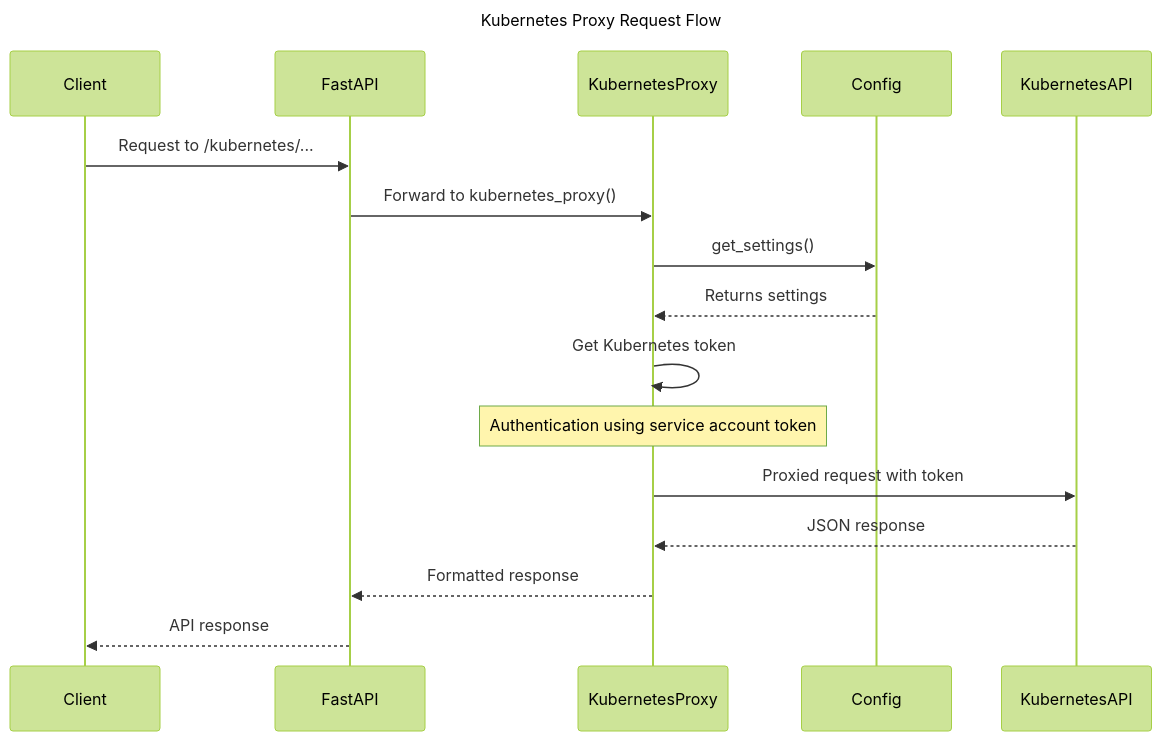
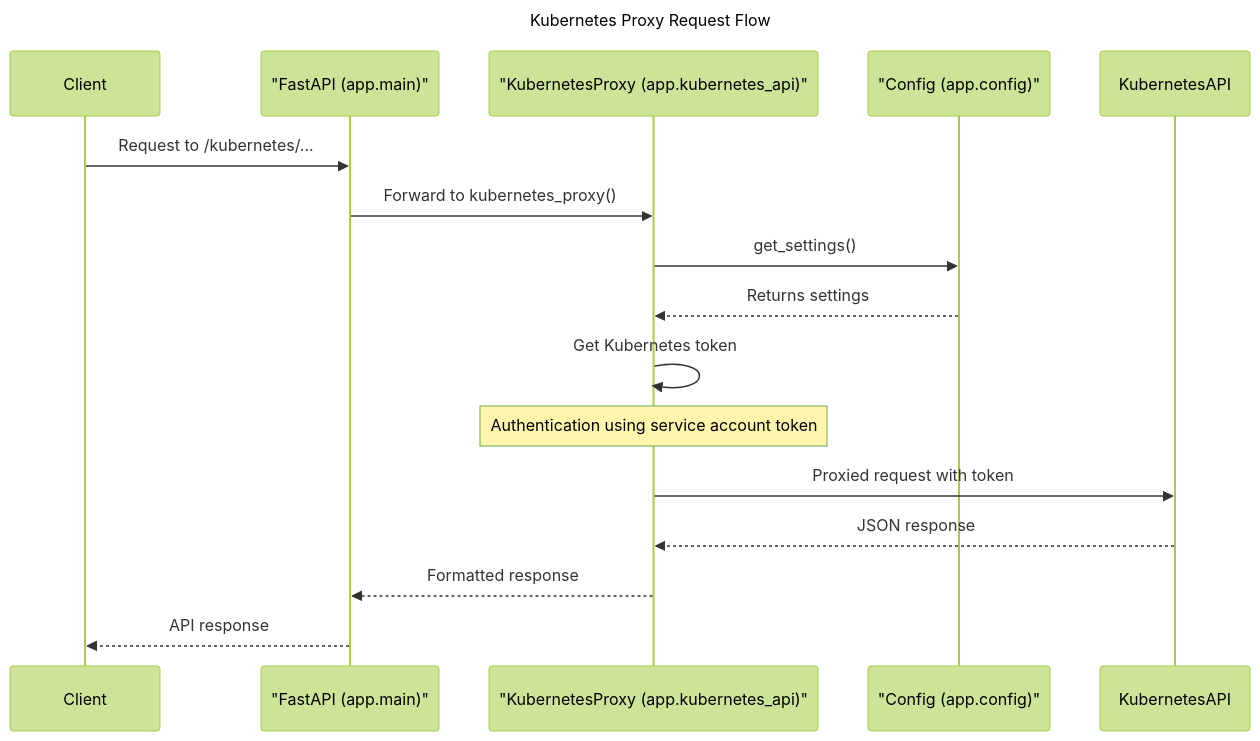
The eighth of 11 diagrams in README.md (lloydchang/tvp-k8s), drawn with Mermaid (forest theme) before and after one commit. The commit also changed other lines of this file and 7 other files, not shown here.

````diff
--- a/README.md
+++ b/README.md
@@ -642,21 +648,21 @@
 ```mermaid
 sequenceDiagram
     title: Kubernetes Proxy Request Flow
     participant Client
-    participant FastAPI
-    participant KubernetesProxy
-    participant Config
+    participant FastAPI as "FastAPI (app.main)"
+    participant KubernetesProxy as "KubernetesProxy (app.kubernetes_api)"
+    participant Config as "Config (app.config)"
     participant KubernetesAPI
     
     Client->>FastAPI: Request to /kubernetes/...
     FastAPI->>KubernetesProxy: Forward to kubernetes_proxy()
     KubernetesProxy->>Config: get_settings()
     Config-->>KubernetesProxy: Returns settings
     
     KubernetesProxy->>KubernetesProxy: Get Kubernetes token
     Note over KubernetesProxy: Authentication using service account token
     KubernetesProxy->>KubernetesAPI: Proxied request with token
     KubernetesAPI-->>KubernetesProxy: JSON response
     KubernetesProxy-->>FastAPI: Formatted response
     FastAPI-->>Client: API response
 ```
````
